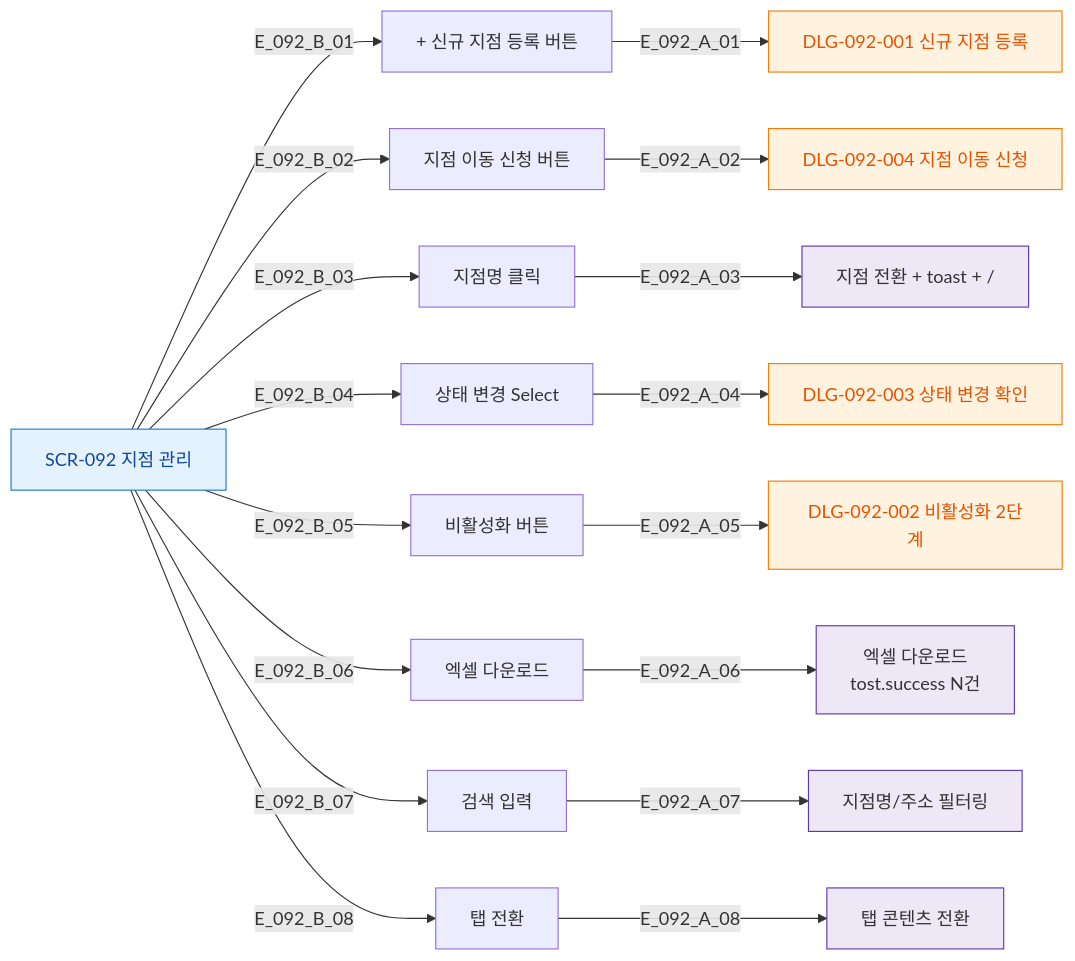
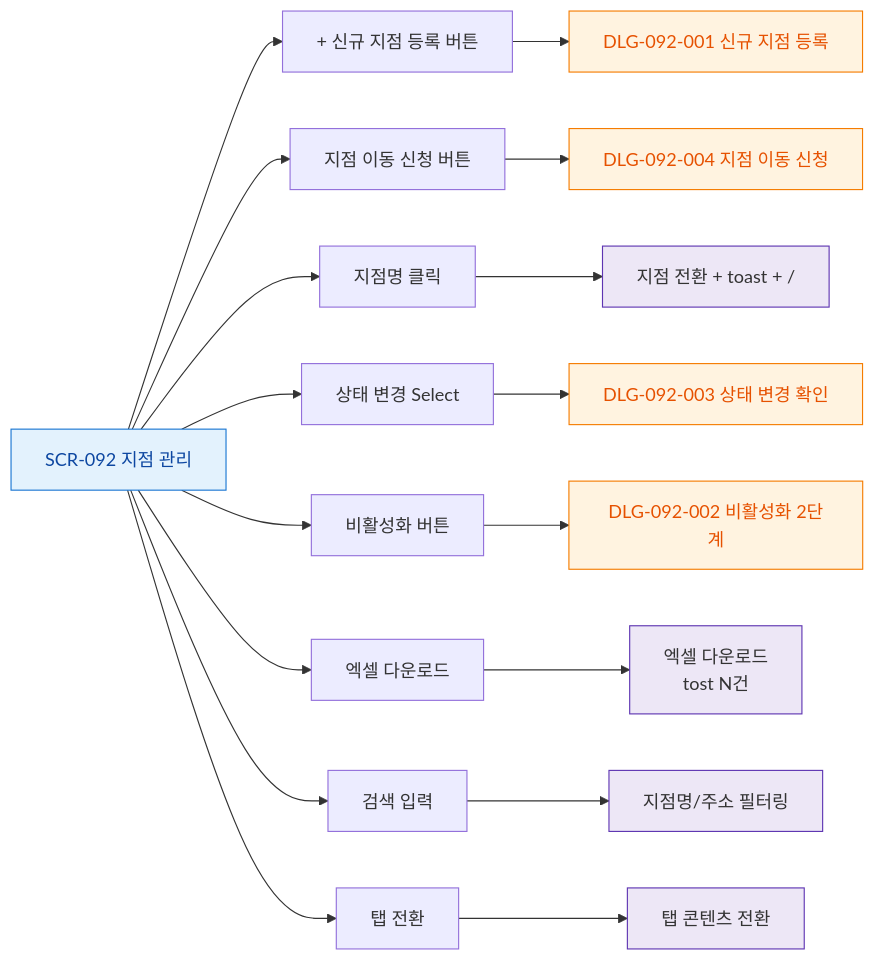
One commit to dev-spogym/admin-pando changed the diagram in docs/다이어그램/D10_본사관리/SCR-092_지점관리/F3_버튼액션.md. Above: the diagram before and after it, drawn with Mermaid. The commit also changed other lines of this file and 1660 other files, not shown here.

First line of the commit message:
다이어그램: 기획자/클라이언트 납품본으로 정리

````diff
--- a/docs/다이어그램/D10_본사관리/SCR-092_지점관리/F3_버튼액션.md
+++ b/docs/다이어그램/D10_본사관리/SCR-092_지점관리/F3_버튼액션.md
@@ -14,30 +12,30 @@
 ```mermaid
 flowchart LR
   SCR_092[SCR-092 지점 관리]
 
-  SCR_092 -->|E_092_B_01| BTN_NEW[+ 신규 지점 등록 버튼]
-  SCR_092 -->|E_092_B_02| BTN_MOVE[지점 이동 신청 버튼]
-  SCR_092 -->|E_092_B_03| BTN_NAME[지점명 클릭]
-  SCR_092 -->|E_092_B_04| BTN_STATUS[상태 변경 Select]
-  SCR_092 -->|E_092_B_05| BTN_DEACT[비활성화 버튼]
-  SCR_092 -->|E_092_B_06| BTN_EXCEL[엑셀 다운로드]
-  SCR_092 -->|E_092_B_07| BTN_SEARCH[검색 입력]
-  SCR_092 -->|E_092_B_08| BTN_TAB[탭 전환]
+  SCR_092 --> BTN_NEW[+ 신규 지점 등록 버튼]
+  SCR_092 --> BTN_MOVE[지점 이동 신청 버튼]
+  SCR_092 --> BTN_NAME[지점명 클릭]
+  SCR_092 --> BTN_STATUS[상태 변경 Select]
+  SCR_092 --> BTN_DEACT[비활성화 버튼]
+  SCR_092 --> BTN_EXCEL[엑셀 다운로드]
+  SCR_092 --> BTN_SEARCH[검색 입력]
+  SCR_092 --> BTN_TAB[탭 전환]
 
-  BTN_NEW -->|E_092_A_01| DLG_001[DLG-092-001 신규 지점 등록]
-  BTN_MOVE -->|E_092_A_02| DLG_004[DLG-092-004 지점 이동 신청]
-  BTN_NAME -->|E_092_A_03| ACT_SWITCH[지점 전환 + toast + /]
-  BTN_STATUS -->|E_092_A_04| DLG_003[DLG-092-003 상태 변경 확인]
-  BTN_DEACT -->|E_092_A_05| DLG_002[DLG-092-002 비활성화 2단계]
-  BTN_EXCEL -->|E_092_A_06| ACT_EXCEL[엑셀 다운로드\ntost.success N건]
-  BTN_SEARCH -->|E_092_A_07| ACT_FILTER[지점명/주소 필터링]
-  BTN_TAB -->|E_092_A_08| ACT_TAB[탭 콘텐츠 전환]
+  BTN_NEW --> DLG_001[DLG-092-001 신규 지점 등록]
+  BTN_MOVE --> DLG_004[DLG-092-004 지점 이동 신청]
+  BTN_NAME --> ACT_SWITCH[지점 전환 + toast + /]
+  BTN_STATUS --> DLG_003[DLG-092-003 상태 변경 확인]
+  BTN_DEACT --> DLG_002[DLG-092-002 비활성화 2단계]
+  BTN_EXCEL --> ACT_EXCEL[엑셀 다운로드\ntost N건]
+  BTN_SEARCH --> ACT_FILTER[지점명/주소 필터링]
+  BTN_TAB --> ACT_TAB[탭 콘텐츠 전환]
 
   classDef screen fill:#E3F2FD,stroke:#1976D2,color:#0D47A1
   classDef modal fill:#FFF3E0,stroke:#F57C00,color:#E65100
   classDef system fill:#EDE7F6,stroke:#5E35B2
 
   class SCR_092 screen
   class DLG_001,DLG_002,DLG_003,DLG_004 modal
   class ACT_SWITCH,ACT_EXCEL,ACT_FILTER,ACT_TAB system
 ```
````
